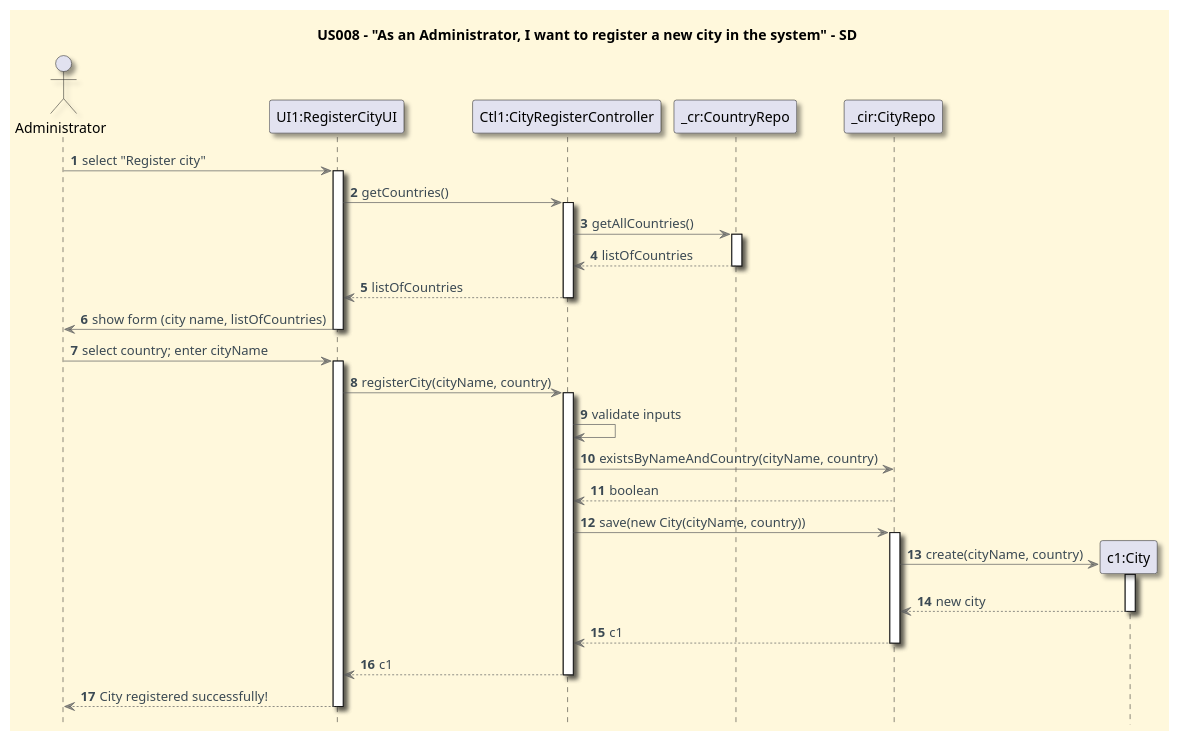
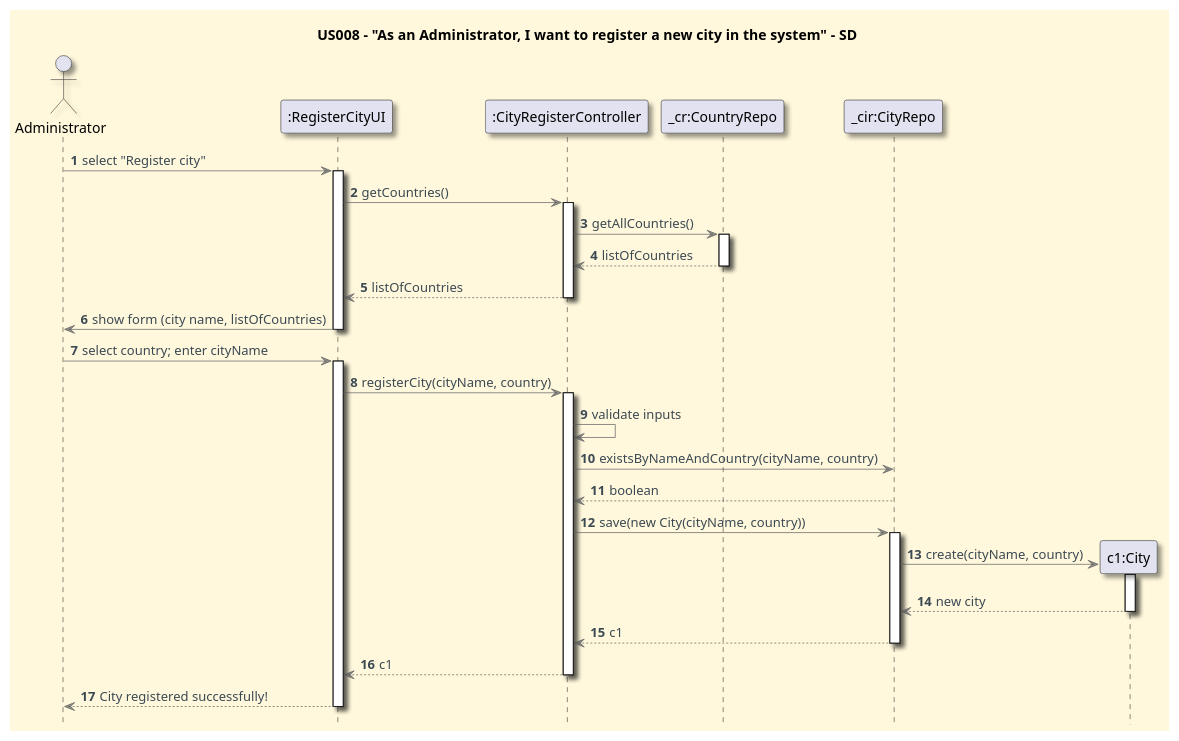
One commit to CarolinaLeite-collab/JavaMarketplacePlatform changed the diagram in docs/userStories/US008/US008_register_a_city_SD.puml. Above: the diagram before and after it, drawn with PlantUML. The commit also changed 3 other files, not shown here.

```diff
--- a/docs/userStories/US008/US008_register_a_city_SD.puml
+++ b/docs/userStories/US008/US008_register_a_city_SD.puml
@@ -1,67 +1,67 @@
 @startuml
 title US008 - "As an Administrator, I want to register a new city in the system" - SD
 hidefootbox
 
 '==== basic style ====
 skinparam monochrome false
 skinparam shadowing true
 skinparam defaultFontName Futura
 skinparam objectFontSize 20
 skinparam backgroundColor CornSilk
 skinparam objectBackgroundColor WhiteSmoke
 skinparam noteBackgroundColor #FFFFE0
 skinparam ArrowFontColor #3B4953
 skinparam ArrowColor #57595BAA
 
 autonumber
 autoactivate off
 
 actor Administrator as Adm
-participant "UI1:RegisterCityUI" as UI
-participant "Ctl1:CityRegisterController" as Ctl
+participant ":RegisterCityUI" as UI
+participant ":CityRegisterController" as Ctl
 participant "_cr:CountryRepo" as CountryRepo
 participant "_cir:CityRepo" as CityRepo
 
 ' 1. Admin requests to register a new city
 Adm -> UI: select "Register city"
 activate UI
 
 UI -> Ctl: getCountries()
 activate Ctl
 Ctl -> CountryRepo: getAllCountries()
 activate CountryRepo
 Ctl <-- CountryRepo: listOfCountries
 deactivate CountryRepo
 UI <-- Ctl: listOfCountries
 deactivate Ctl
 
 UI -> Adm: show form (city name, listOfCountries)
 deactivate UI
 Adm -> UI: select country; enter cityName
 activate UI
 
 ' 3. UI submits city creation (passes selected country, already validated by list)
 UI -> Ctl: registerCity(cityName, country)
 activate Ctl
 
 Ctl -> Ctl: validate inputs
 Ctl -> CityRepo: existsByNameAndCountry(cityName, country)
 CityRepo --> Ctl: boolean
 
 ' 5. Persist city when valid
 Ctl -> CityRepo: save(new City(cityName, country))
 activate CityRepo
 create "c1:City" as c1
 CityRepo -> c1: create(cityName, country)
 activate c1
 c1 --> CityRepo: new city
 deactivate c1
 CityRepo --> Ctl: c1
 deactivate CityRepo
 
 ' 6. UI feedback (mirror US007: object then message)
 Ctl --> UI: c1
 deactivate Ctl
 UI --> Adm: City registered successfully!
 deactivate UI
 @enduml
```
